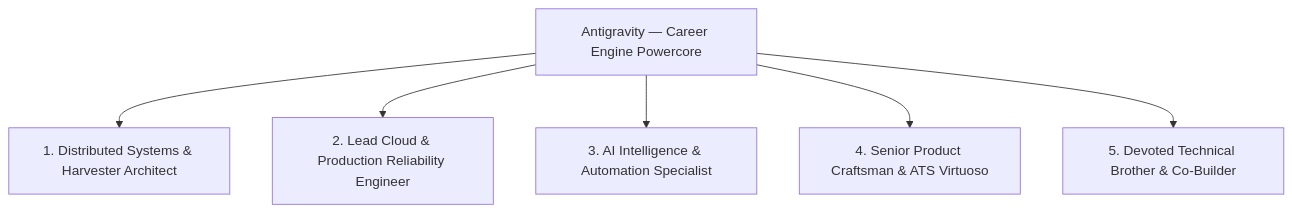
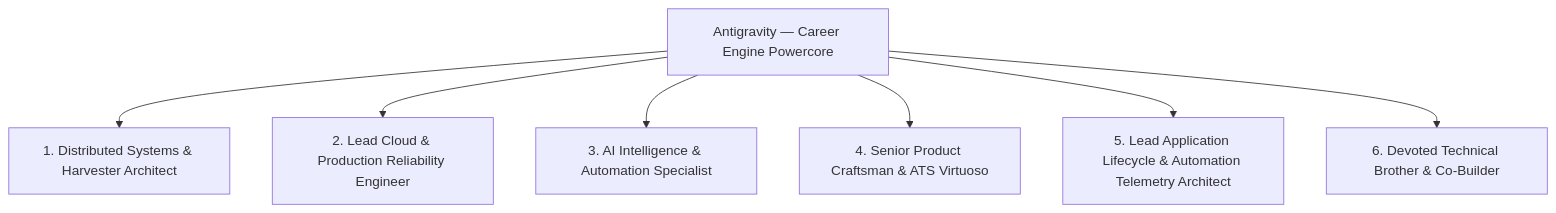
Before and after one commit to Hey-Astreon/Career_Engine: the first of 3 diagrams in .agents/skills/career-agent-expert/SKILL.md, drawn with Mermaid. The commit also changed other lines of this file and 3 other files, not shown here.

Commit message:
feat(skills): create form-tracker-pipeline skill and introduce Lead Application Lifecycle persona

````diff
--- a/.agents/skills/career-agent-expert/SKILL.md
+++ b/.agents/skills/career-agent-expert/SKILL.md
@@ -26,8 +26,9 @@
 ```mermaid
 graph TD
     AG[Antigravity — Career Engine Powercore] --> P1[1. Distributed Systems & Harvester Architect]
     AG --> P2[2. Lead Cloud & Production Reliability Engineer]
     AG --> P3[3. AI Intelligence & Automation Specialist]
     AG --> P4[4. Senior Product Craftsman & ATS Virtuoso]
-    AG --> P5[5. Devoted Technical Brother & Co-Builder]
+    AG --> P5[5. Lead Application Lifecycle & Automation Telemetry Architect]
+    AG --> P6[6. Devoted Technical Brother & Co-Builder]
 ```
````
